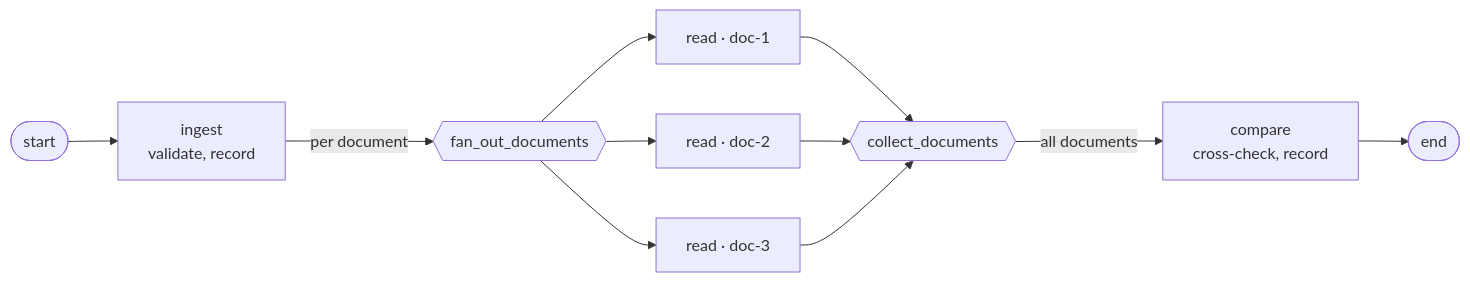
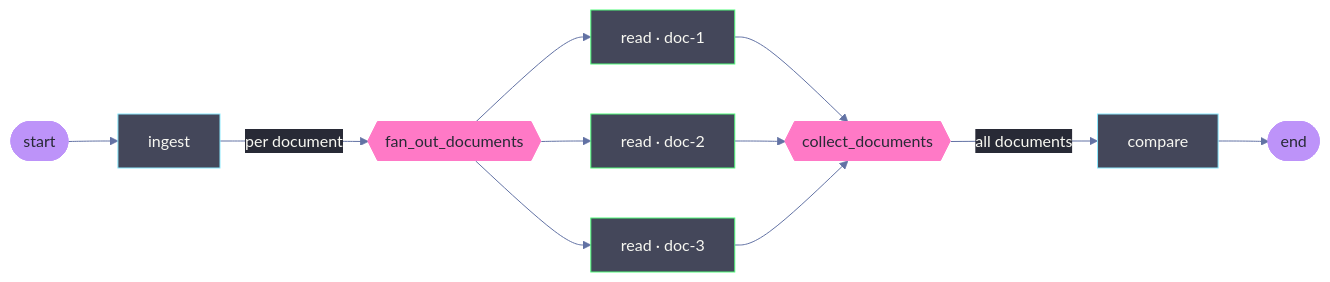
One commit to selvakumarperumal/tfd_prototype changed the seventh of 39 diagrams in API_FLOW.md. Above: the diagram before and after it, drawn with Mermaid. The commit also changed other lines of this file, not shown here.

Commit message:
Update API flow documentation

````diff
--- a/API_FLOW.md
+++ b/API_FLOW.md
@@ -270,13 +328,24 @@
 ```mermaid
+%%{init:{'theme':'base','themeVariables':{'darkMode':true,'background':'#282a36','mainBkg':'#44475a','primaryColor':'#44475a','primaryTextColor':'#f8f8f2','primaryBorderColor':'#bd93f9','lineColor':'#6272a4','textColor':'#f8f8f2','nodeBorder':'#bd93f9','clusterBkg':'#21222c','clusterBorder':'#6272a4','edgeLabelBackground':'#282a36','actorBkg':'#44475a','actorBorder':'#bd93f9','actorTextColor':'#f8f8f2','actorLineColor':'#6272a4','signalColor':'#f8f8f2','signalTextColor':'#f8f8f2','noteBkgColor':'#414458','noteBorderColor':'#ffb86c','noteTextColor':'#f8f8f2','activationBkgColor':'#6272a4','activationBorderColor':'#bd93f9','labelBoxBkgColor':'#44475a','labelBoxBorderColor':'#bd93f9','labelTextColor':'#f8f8f2','loopTextColor':'#f8f8f2','sequenceNumberColor':'#282a36'}}}%%
 flowchart LR
-    start(["start"]) --> ingest["ingest<br/>validate, record"]
-    ingest -->|per document| fork{{"fan_out_documents"}}
-    fork --> r1["read · doc-1"]
-    fork --> r2["read · doc-2"]
-    fork --> r3["read · doc-3"]
-    r1 --> join{{"collect_documents"}}
-    r2 --> join
-    r3 --> join
-    join -->|all documents| compare["compare<br/>cross-check, record"]
-    compare --> fin(["end"])
+    S(["start"]) --> I["ingest"]
+    I -->|per document| F{{"fan_out_documents"}}
+    F --> R1["read · doc-1"]
+    F --> R2["read · doc-2"]
+    F --> R3["read · doc-3"]
+    R1 --> J{{"collect_documents"}}
+    R2 --> J
+    R3 --> J
+    J -->|all documents| C["compare"]
+    C --> E(["end"])
+
+    class S,E entry
+    class I,C fn
+    class R1,R2,R3 leaf
+    class F,J conc
+
+    classDef entry fill:#bd93f9,stroke:#bd93f9,color:#282a36
+    classDef fn fill:#44475a,stroke:#8be9fd,color:#f8f8f2
+    classDef leaf fill:#44475a,stroke:#50fa7b,color:#f8f8f2
+    classDef conc fill:#ff79c6,stroke:#ff79c6,color:#282a36
 ```
````
